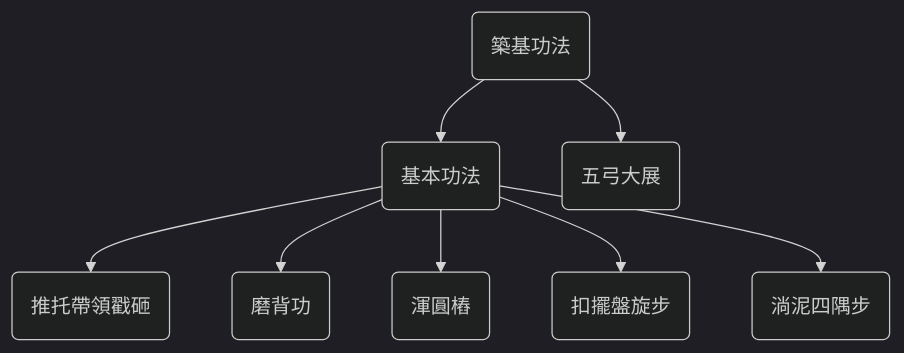
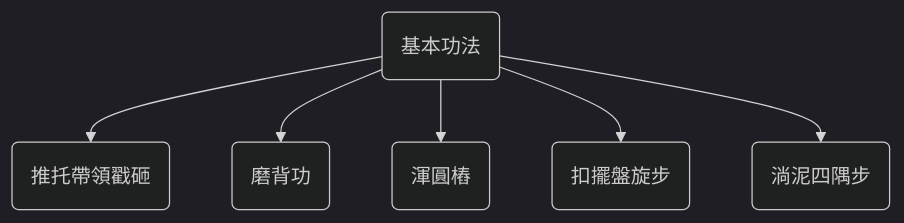
One commit to hfyeh/taiji changed the third of 4 diagrams in chap04/README.md. Above: the diagram before and after it, drawn with Mermaid (dark theme). The commit also changed other lines of this file, not shown here.

````diff
--- a/chap04/README.md
+++ b/chap04/README.md
@@ -25,10 +25,9 @@
 ```mermaid
 graph TD;
-    Z(築基功法)-->A(基本功法);
-    A-->B(推托帶領戳砸);
+    A(基本功法)-->B(推托帶領戳砸);
     A-->C(磨背功);
     A-->D(渾圓樁);
     A-->E(扣擺盤旋步);
     A-->F(淌泥四隅步);
-    Z-->G(五弓大展);
+
 ```
````
